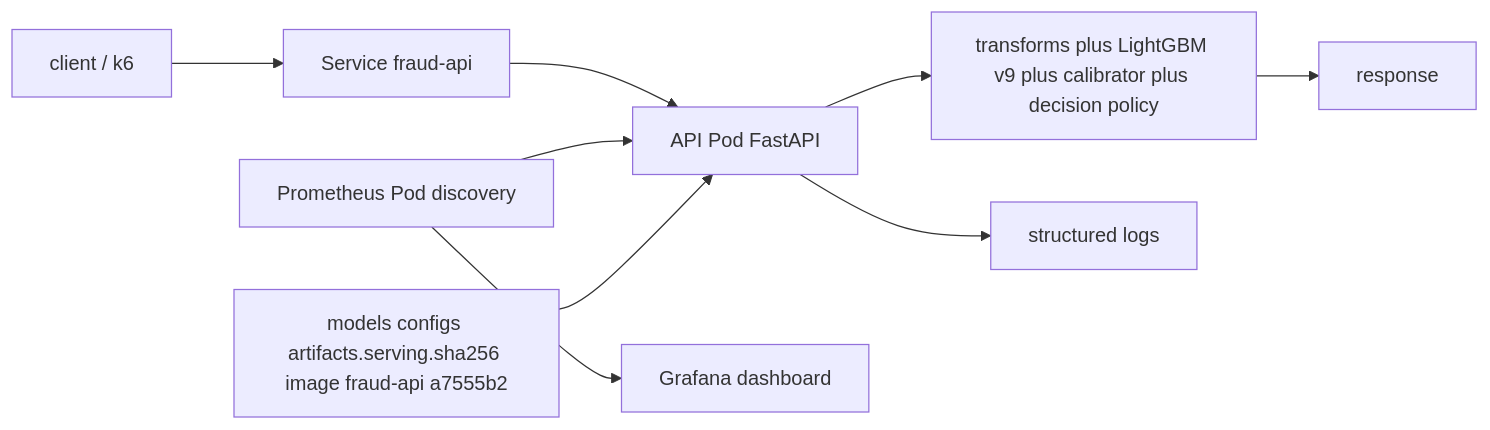
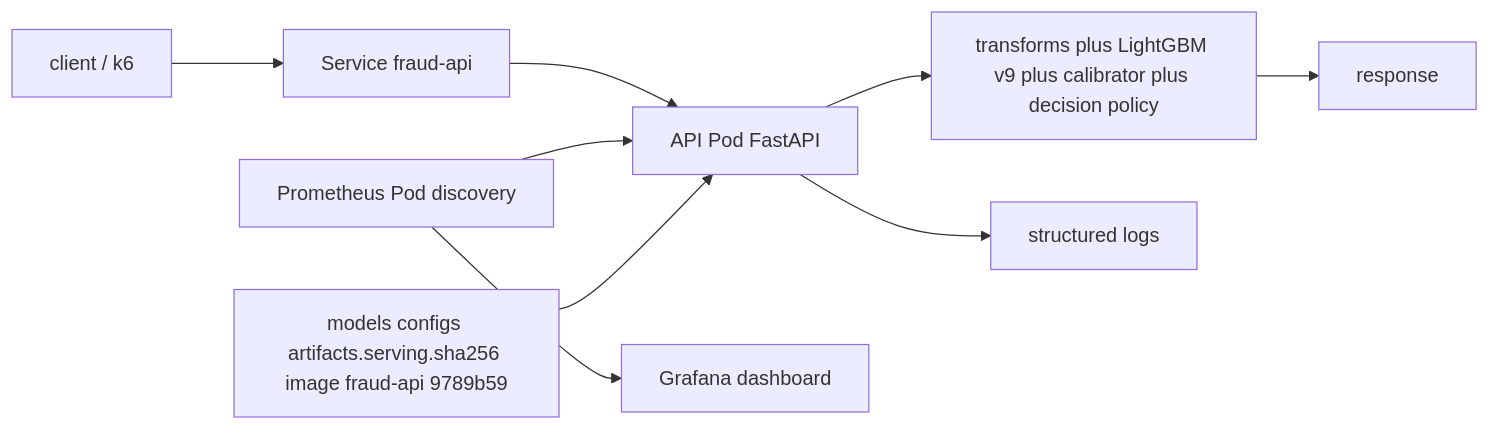
One commit to alohe15/mle-portfolio changed the diagram in docs/portfolio_case_study.md. Above: the diagram before and after it, drawn with Mermaid. The commit also changed other lines of this file and 9 other files, not shown here.

````diff
--- a/docs/portfolio_case_study.md
+++ b/docs/portfolio_case_study.md
@@ -11,11 +11,11 @@
 ```mermaid
 flowchart LR
   client[client / k6] --> service[Service fraud-api]
   service --> pod[API Pod FastAPI]
   pod --> scoring[transforms plus LightGBM v9 plus calibrator plus decision policy]
   scoring --> response[response]
   pod --> logs[structured logs]
   prom[Prometheus Pod discovery] --> pod
   prom --> grafana[Grafana dashboard]
-  artifacts[models configs artifacts.serving.sha256 image fraud-api a7555b2] --> pod
+  artifacts[models configs artifacts.serving.sha256 image fraud-api 9789b59] --> pod
 ```
````
